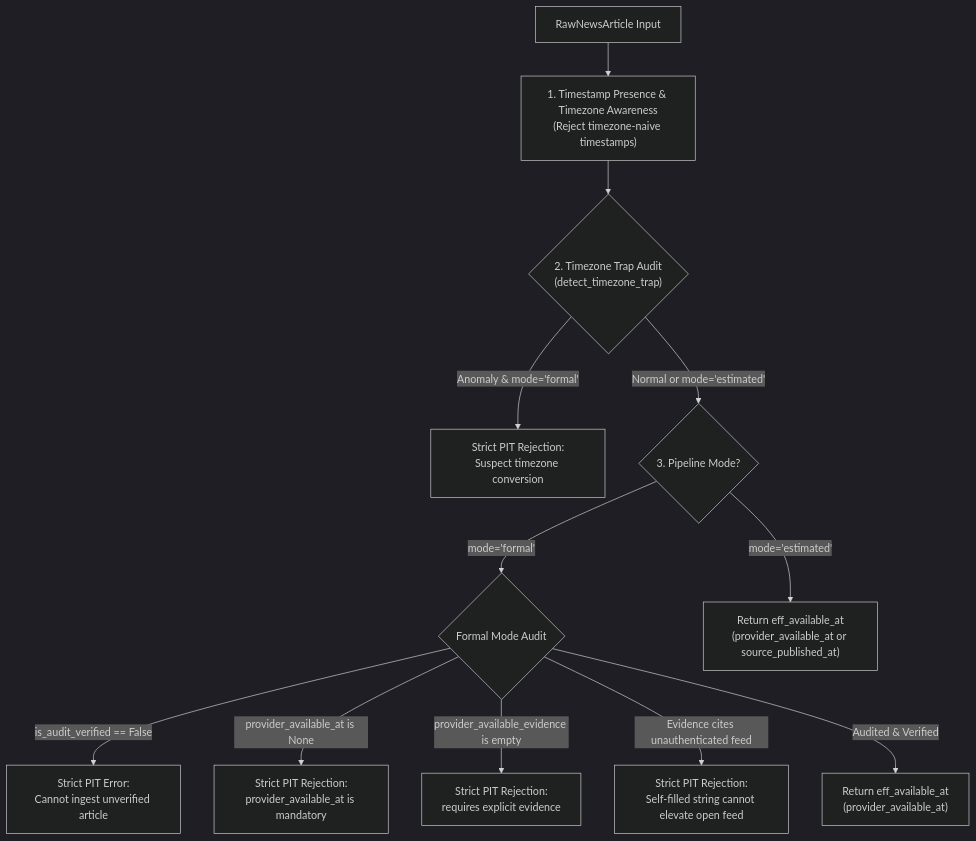
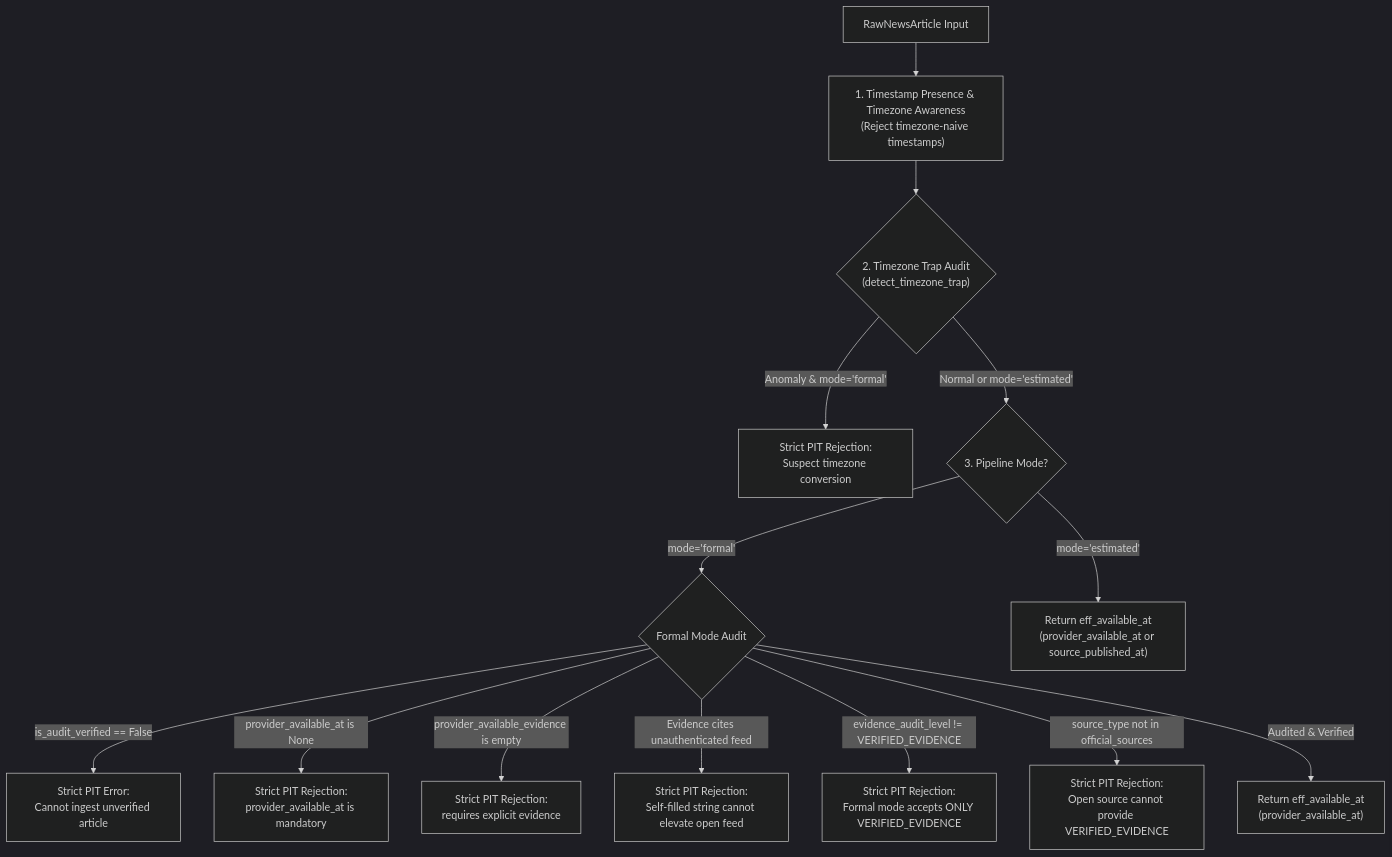
One commit to Augustine-723/News-Aware-Attention-Based-Deep-Reinforcement-Learning-for-Stock-Trading changed the first of 2 diagrams in docs/reports/v8_7_semantic_embedding_feasibility.md. Above: the diagram before and after it, drawn with Mermaid (dark theme). The commit also changed other lines of this file and 3 other files, not shown here.

Commit message:
fix(v8.7): code review 1 semantic model authenticity and pit evidence boundaries

````diff
--- a/docs/reports/v8_7_semantic_embedding_feasibility.md
+++ b/docs/reports/v8_7_semantic_embedding_feasibility.md
@@ -49,16 +64,18 @@
 ```mermaid
 flowchart TD
     ArticleInput["RawNewsArticle Input"] --> CheckTime["1. Timestamp Presence & Timezone Awareness<br/>(Reject timezone-naive timestamps)"]
     CheckTime --> CheckTrap{"2. Timezone Trap Audit<br/>(detect_timezone_trap)"}
     CheckTrap -- "Anomaly & mode='formal'" --> FailClosed1["Strict PIT Rejection:<br/>Suspect timezone conversion"]
     CheckTrap -- "Normal or mode='estimated'" --> ModeCheck{"3. Pipeline Mode?"}
 
     ModeCheck -- "mode='formal'" --> FormalChecks{"Formal Mode Audit"}
     FormalChecks -- "is_audit_verified == False" --> FailClosed2["Strict PIT Error:<br/>Cannot ingest unverified article"]
     FormalChecks -- "provider_available_at is None" --> FailClosed3["Strict PIT Rejection:<br/>provider_available_at is mandatory"]
     FormalChecks -- "provider_available_evidence is empty" --> FailClosed4["Strict PIT Rejection:<br/>requires explicit evidence"]
     FormalChecks -- "Evidence cites unauthenticated feed" --> FailClosed5["Strict PIT Rejection:<br/>Self-filled string cannot elevate open feed"]
+    FormalChecks -- "evidence_audit_level != VERIFIED_EVIDENCE" --> FailClosed6["Strict PIT Rejection:<br/>Formal mode accepts ONLY VERIFIED_EVIDENCE"]
+    FormalChecks -- "source_type not in official_sources" --> FailClosed7["Strict PIT Rejection:<br/>Open source cannot provide VERIFIED_EVIDENCE"]
     FormalChecks -- "Audited & Verified" --> ValidFormal["Return eff_available_at<br/>(provider_available_at)"]
 
     ModeCheck -- "mode='estimated'" --> ValidEst["Return eff_available_at<br/>(provider_available_at or source_published_at)"]
 ```
````
